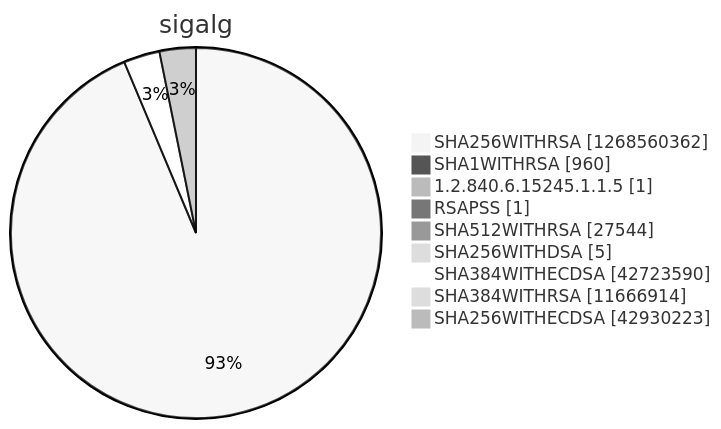
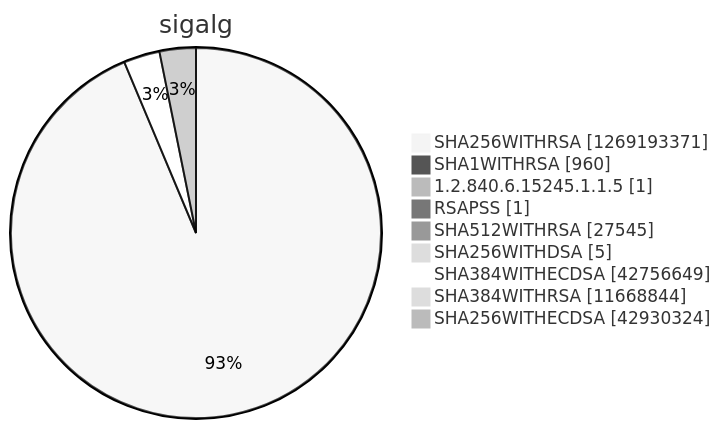
Diagram 15 of 15 in argon2022/README.md (christiankrug/ctmonitor_visualization), drawn with Mermaid (neutral theme) before and after one commit. The commit also changed other lines of this file, not shown here.

````diff
--- a/argon2022/README.md
+++ b/argon2022/README.md
@@ -5522,13 +5522,13 @@
 ```mermaid
 pie showData
 title sigalg
-"SHA256WITHRSA" :1268560362
+"SHA256WITHRSA" :1269193371
 "SHA1WITHRSA" :960
 "1.2.840.6.15245.1.1.5" :1
 "RSAPSS" :1
-"SHA512WITHRSA" :27544
+"SHA512WITHRSA" :27545
 "SHA256WITHDSA" :5
-"SHA384WITHECDSA" :42723590
-"SHA384WITHRSA" :11666914
-"SHA256WITHECDSA" :42930223
+"SHA384WITHECDSA" :42756649
+"SHA384WITHRSA" :11668844
+"SHA256WITHECDSA" :42930324
 ```
````
